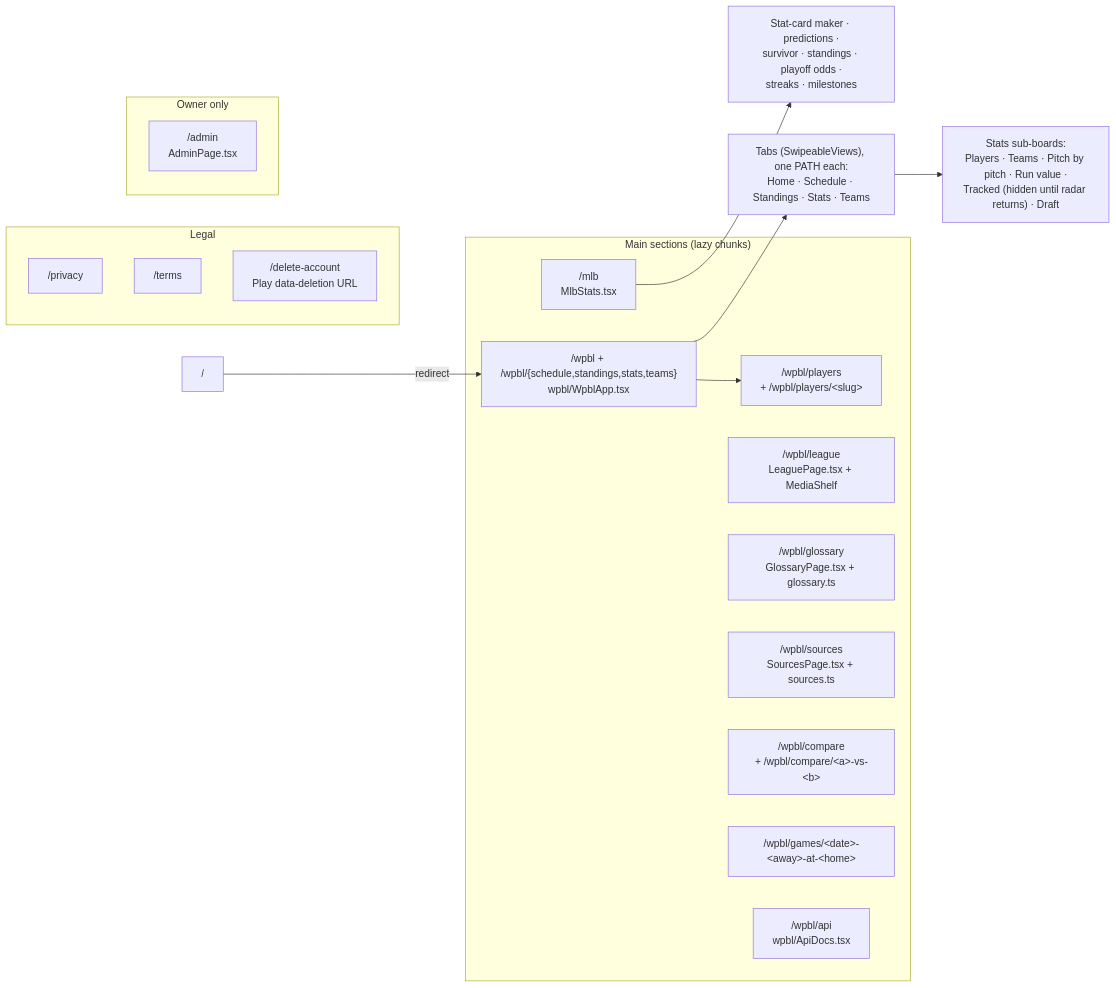
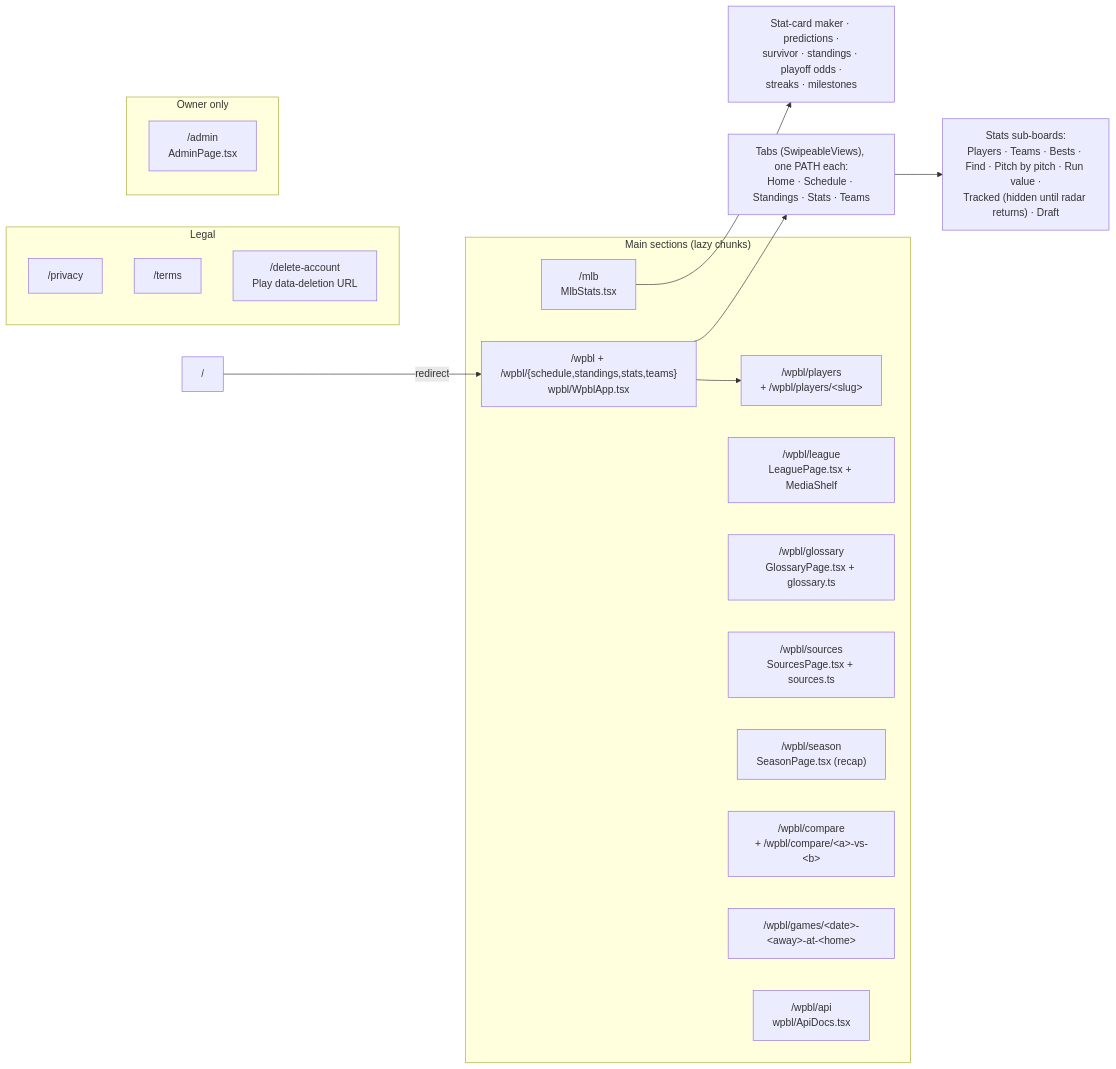
The second of 5 diagrams in ARCHITECTURE.md (sportydolphin/fun), drawn with Mermaid before and after one commit. The commit also changed other lines of this file and 26 other files, not shown here.

First line of the commit message:
WPBL: two new stats boards, Bests and Find

````diff
--- a/ARCHITECTURE.md
+++ b/ARCHITECTURE.md
@@ -98,30 +98,31 @@
 ```mermaid
 flowchart LR
     subgraph Main["Main sections (lazy chunks)"]
         mlb["/mlb<br/>MlbStats.tsx"]
         wpbl["/wpbl + /wpbl/{schedule,standings,stats,teams}<br/>wpbl/WpblApp.tsx"]
         wplayers["/wpbl/players<br/>+ /wpbl/players/&lt;slug&gt;"]
         wleague["/wpbl/league<br/>LeaguePage.tsx + MediaShelf"]
         wgloss["/wpbl/glossary<br/>GlossaryPage.tsx + glossary.ts"]
         wsrc["/wpbl/sources<br/>SourcesPage.tsx + sources.ts"]
+        wseason["/wpbl/season<br/>SeasonPage.tsx (recap)"]
         wcmp["/wpbl/compare<br/>+ /wpbl/compare/&lt;a&gt;-vs-&lt;b&gt;"]
         wgames["/wpbl/games/&lt;date&gt;-&lt;away&gt;-at-&lt;home&gt;"]
         api["/wpbl/api<br/>wpbl/ApiDocs.tsx"]
     end
 
     subgraph Legal["Legal"]
         priv["/privacy"]
         terms["/terms"]
         del["/delete-account<br/>Play data-deletion URL"]
     end
 
     subgraph Owner["Owner only"]
         adm["/admin<br/>AdminPage.tsx"]
     end
 
     root["/"] -->|redirect| wpbl
     wpbl --> wtabs["Tabs (SwipeableViews), one PATH each:<br/>Home · Schedule · Standings · Stats · Teams"]
-    wtabs --> wstats["Stats sub-boards:<br/>Players · Teams · Pitch by pitch · Run value ·<br/>Tracked (hidden until radar returns) · Draft"]
+    wtabs --> wstats["Stats sub-boards:<br/>Players · Teams · Bests · Find · Pitch by pitch · Run value ·<br/>Tracked (hidden until radar returns) · Draft"]
     wpbl --> wplayers
     mlb --> mtabs["Stat-card maker · predictions ·<br/>survivor · standings · playoff odds ·<br/>streaks · milestones"]
 ```
````
